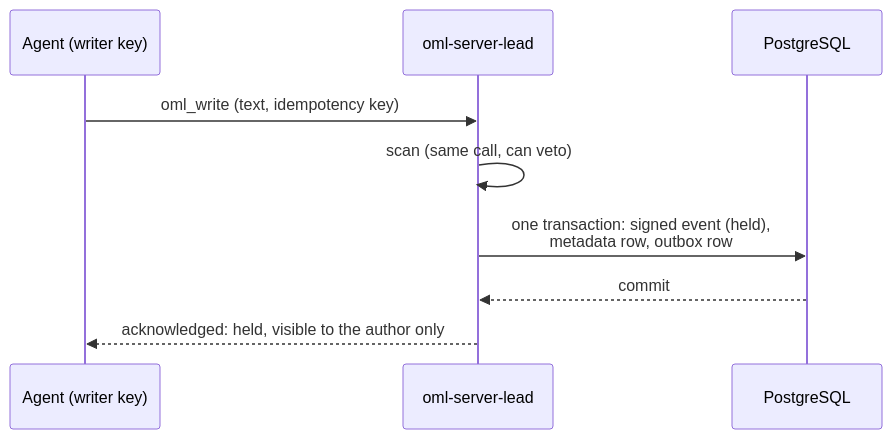
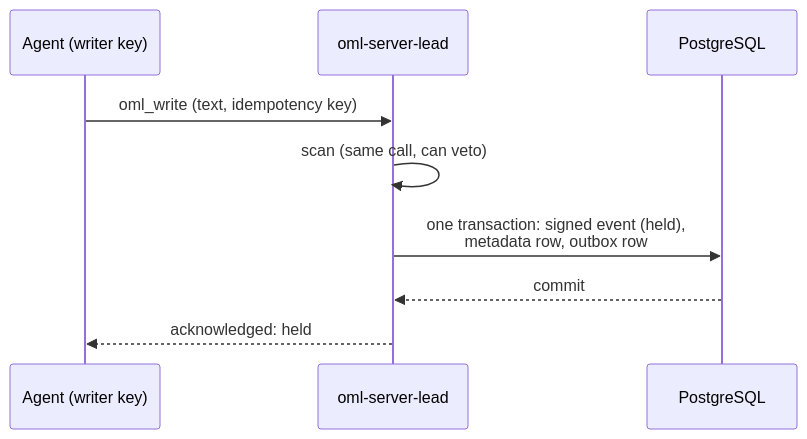
The second of 5 diagrams in docs/architecture/overview.md (e8kor/open-memory-lab), drawn with Mermaid before and after one commit. The commit also changed other lines of this file and 24 other files, not shown here.

First line of the commit message:
docs: the architecture pages hold four views and say what the code builds

````diff
--- a/docs/architecture/overview.md
+++ b/docs/architecture/overview.md
@@ -80,11 +69,11 @@
 ```mermaid
 sequenceDiagram
     participant A as Agent (writer key)
     participant S as oml-server-lead
     participant P as PostgreSQL
     A->>S: oml_write (text, idempotency key)
     S->>S: scan (same call, can veto)
     S->>P: one transaction: signed event (held),<br/>metadata row, outbox row
     P-->>S: commit
-    S-->>A: acknowledged: held, visible to the author only
+    S-->>A: acknowledged: held
 ```
````
